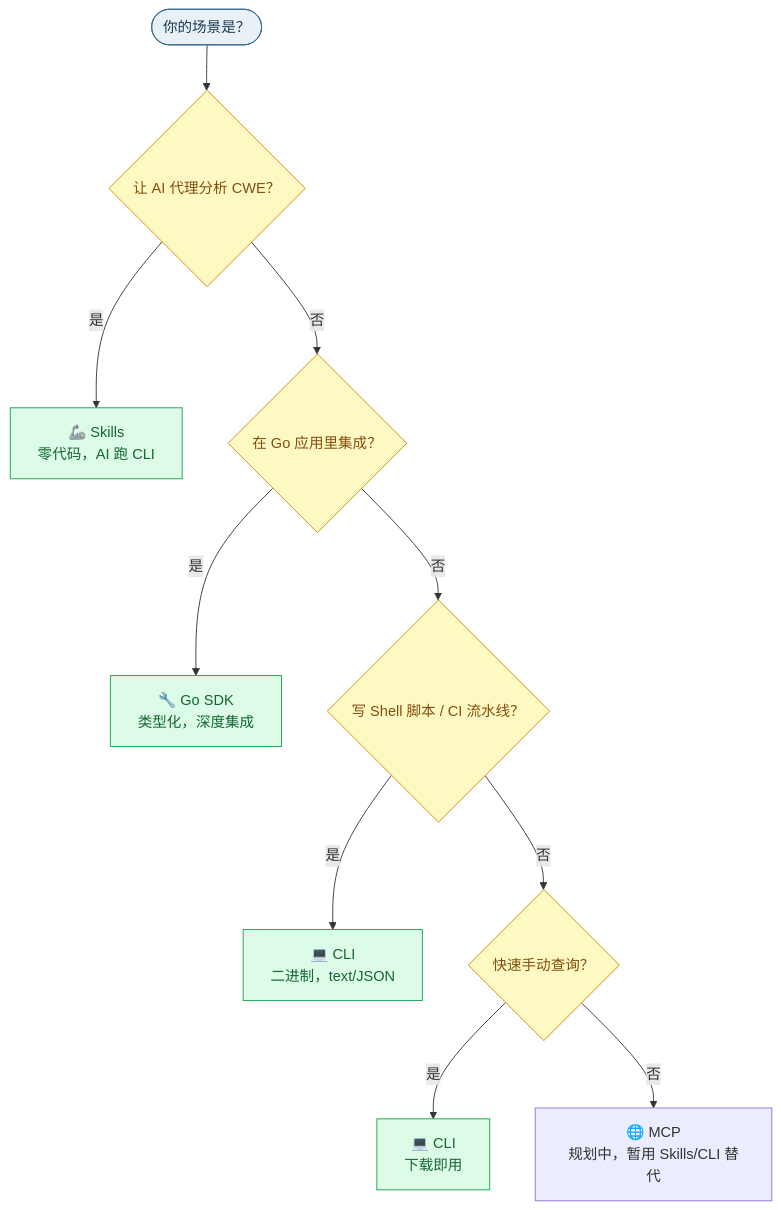
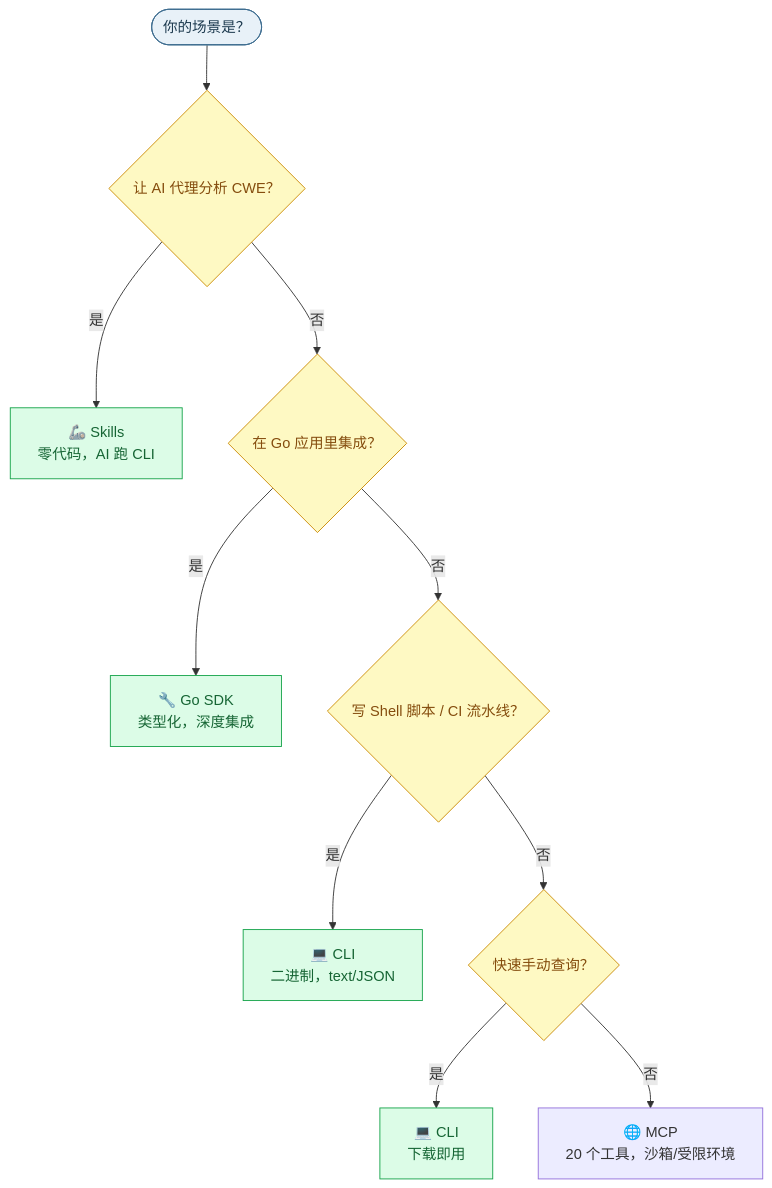
One commit to scagogogo/cwe-skills changed the diagram in website/guide/integrations.md. Above: the diagram before and after it, drawn with Mermaid. The commit also changed 4 other files, not shown here.

````diff
--- a/website/guide/integrations.md
+++ b/website/guide/integrations.md
@@ -110,19 +110,19 @@
 ```mermaid
 flowchart TD
     START(["你的场景是？"]) --> Q1{"让 AI 代理分析 CWE？"}
     Q1 -- 是 --> SKILLS["🦾 Skills\n零代码，AI 跑 CLI"]
     Q1 -- 否 --> Q2{"在 Go 应用里集成？"}
     Q2 -- 是 --> SDK["🔧 Go SDK\n类型化，深度集成"]
     Q2 -- 否 --> Q3{"写 Shell 脚本 / CI 流水线？"}
     Q3 -- 是 --> CLI["💻 CLI\n二进制，text/JSON"]
     Q3 -- 否 --> Q4{"快速手动查询？"}
     Q4 -- 是 --> CLI2["💻 CLI\n下载即用"]
-    Q4 -- 否 --> MCP["🌐 MCP\n规划中，暂用 Skills/CLI 替代"]
+    Q4 -- 否 --> MCP["🌐 MCP\n20 个工具，沙箱/受限环境"]
 
     classDef decision fill:#fef9c3,stroke:#ca8a04,color:#854d0e
     classDef local fill:#dcfce7,stroke:#16a34a,color:#166534
     classDef start fill:#e8f1f8,stroke:#3c6c8f,color:#1d3a4f
     class Q1,Q2,Q3,Q4 decision
     class START start
     class SKILLS,SDK,CLI,CLI2 local
 ```
````
